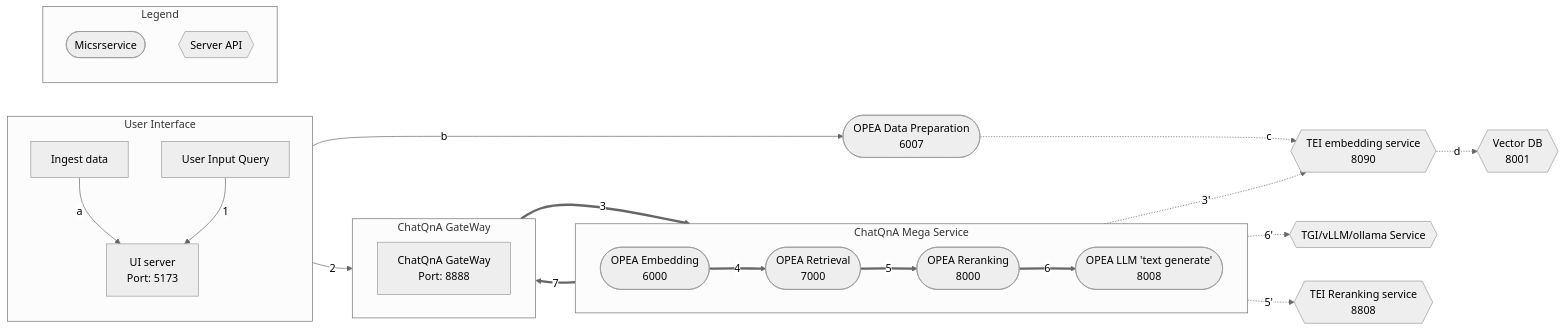
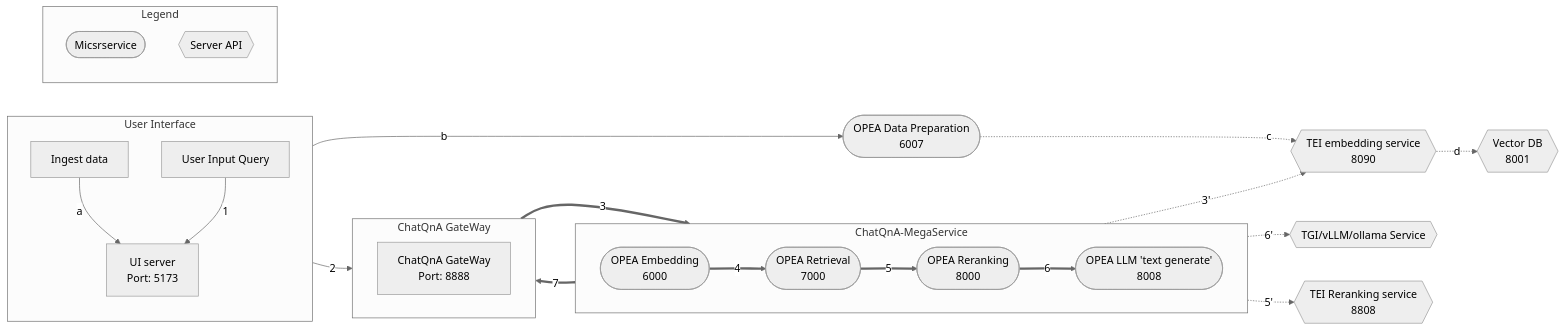
One commit to opea-project/GenAIExamples changed the diagram in ChatQnA/README.md. Above: the diagram before and after it, drawn with Mermaid (neutral theme).

````diff
--- a/ChatQnA/README.md
+++ b/ChatQnA/README.md
@@ -13,63 +13,63 @@
 ```mermaid
 graph LR
-    subgraph ChatQnA Mega Service
+    subgraph ChatQnA-MegaService["ChatQnA-MegaService"]
         direction LR
         EM([OPEA Embedding<br>6000])
         RET([OPEA Retrieval<br>7000])
         RER([OPEA Reranking<br>8000])
         LLM([OPEA LLM 'text generate'<br>8008])
     end
 
     direction TB
     TEI_EM{{TEI embedding service<br>8090}}
     VDB{{Vector DB<br>8001}}
     %% Vector DB interaction
     TEI_EM -.->|d|VDB
 
     DP([OPEA Data Preparation<br>6007])
     LLM_gen{{TGI/vLLM/ollama Service}}
 
     direction TB
     RER([OPEA Reranking<br>8000])
     TEI_RER{{TEI Reranking service<br>8808}}
 
     subgraph User Interface
         direction TB
         a[User Input Query]
         Ingest[Ingest data]
         UI[UI server<br>Port: 5173]
     end
 
     subgraph ChatQnA GateWay
         direction LR
         GW[ChatQnA GateWay<br>Port: 8888]
     end
 
     %% Data Preparation flow
     %% Ingest data flow
     direction LR
     Ingest[Ingest data] -->|a| UI
     UI -->|b| DP
     DP -.->|c| TEI_EM
 
     %% Questions interaction
     direction LR
     a[User Input Query] -->|1| UI
     UI -->|2| GW
     GW ==>|3| EM
     EM ==>|4| RET
     RET ==>|5| RER
     RER ==>|6| LLM
     LLM ==>|7| GW
 
     %% Embedding service flow
     direction TB
     EM -.->|3'| TEI_EM
     RER -.->|5'| TEI_RER
     LLM -.->|6'| LLM_gen
 
     subgraph Legend
         X([Micsrservice])
         Y{{Server API}}
     end
 ```
````
